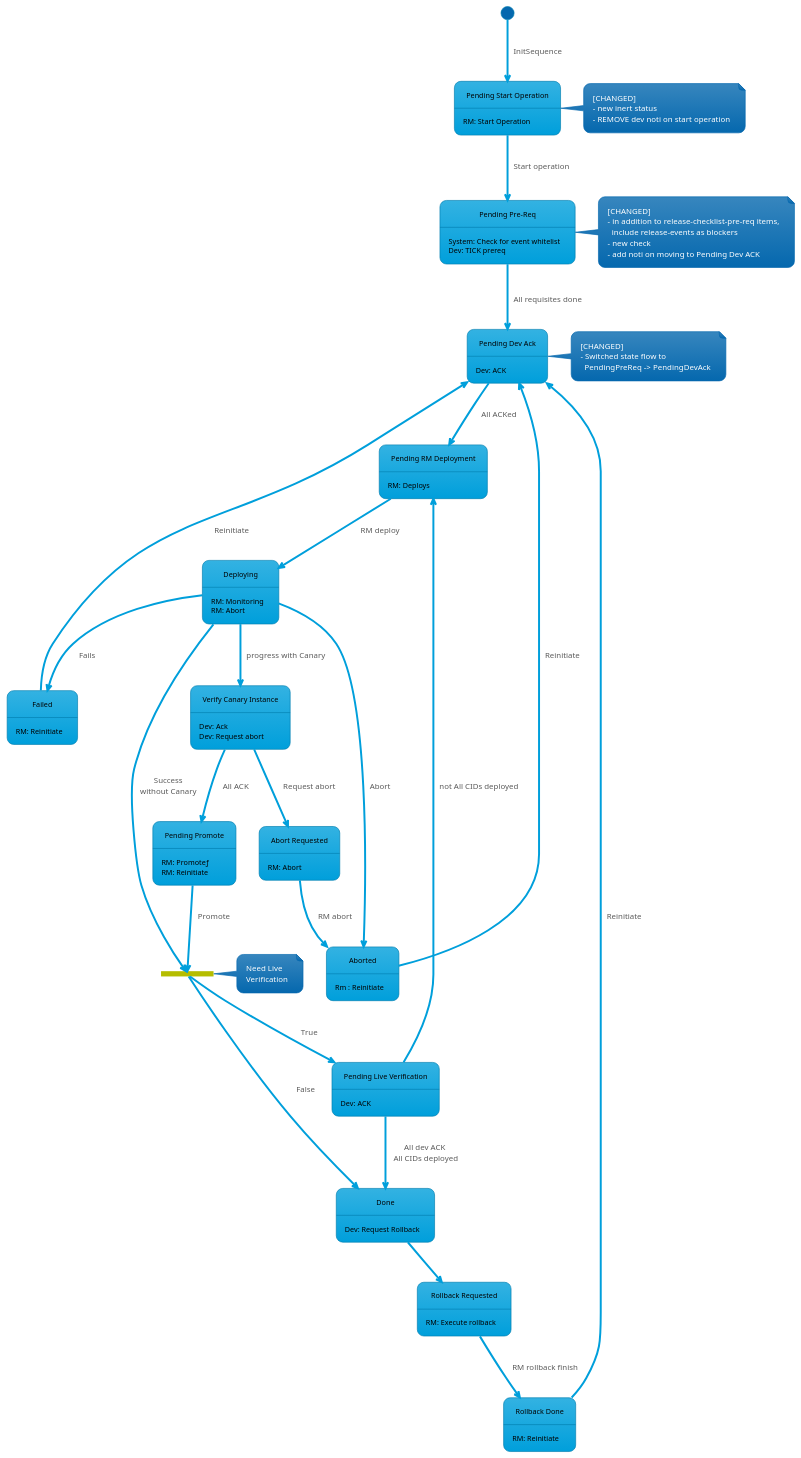
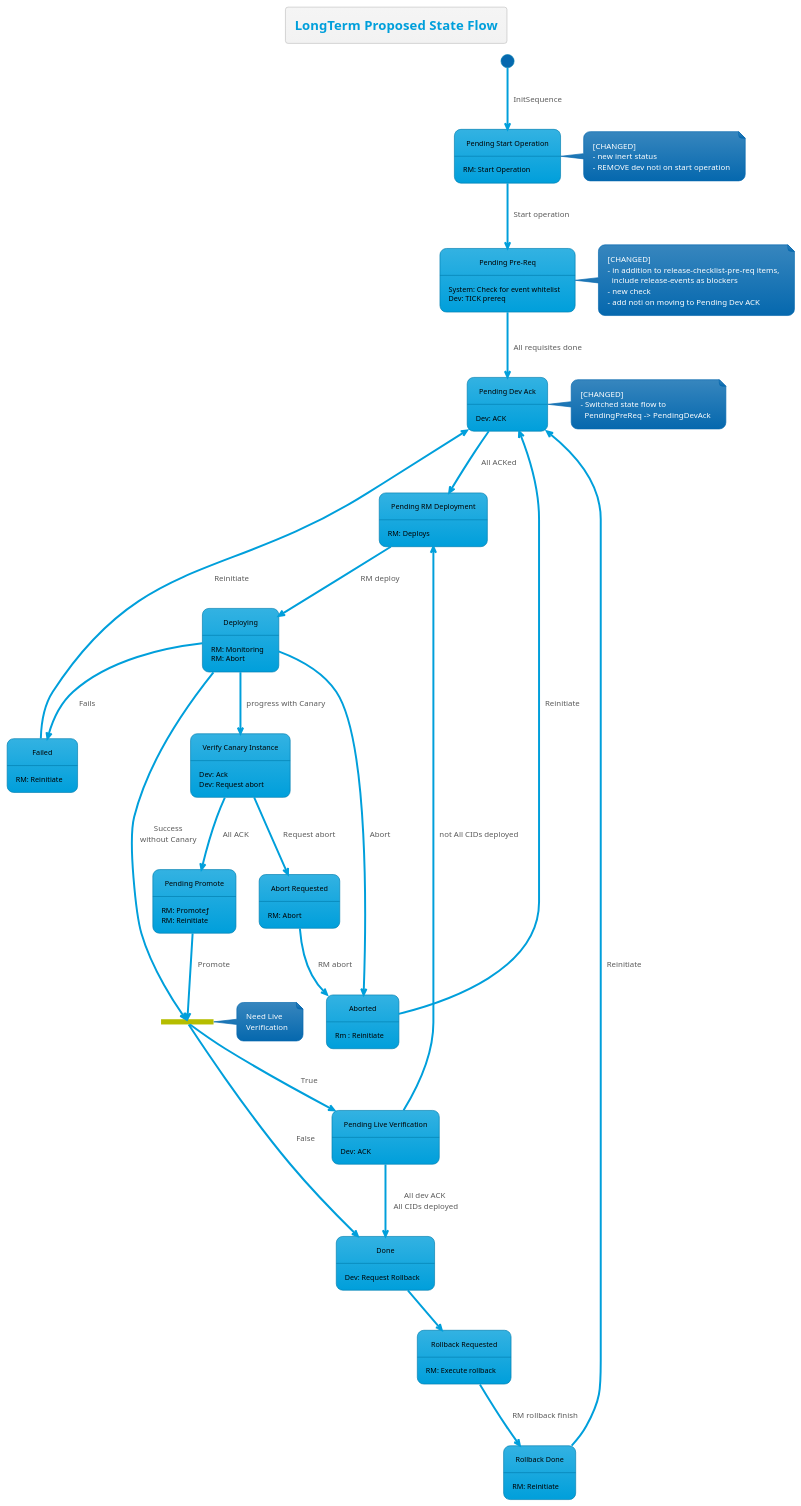
The diagram in src/Multi-Day-Deployment/3longTerm.plantuml (thetomitomo/diagrams), drawn with PlantUML before and after one commit. The commit also changed 5 other files, not shown here.

```diff
--- a/src/Multi-Day-Deployment/3longTerm.plantuml
+++ b/src/Multi-Day-Deployment/3longTerm.plantuml
@@ -1,84 +1,85 @@
 @startuml
 !theme bluegray
 skinparam FooterFontColor black
 skinparam StateFontColor black
 
 state "Pending Start Operation" as preOp
 state "Pending Dev Ack" as pendingDevAck
 state "Pending Pre-Req" as pendingPreReq
 state "Pending RM Deployment" as pendingRMDeploy
 state "Verify Canary Instance" as verifyCanary
 state "Pending Live Verification" as pendingLiveVer
 state pendingLiveVerFork <<fork>>
 state "Pending Promote" as pendingPromote
 state "Abort Requested" as abortRequested
 state "Rollback Requested" as rollbackRequested
 state "Rollback Done" as rollbackDone
 
+title LongTerm Proposed State Flow
 
 [*] --> preOp : InitSequence
 
 note right of preOp : [CHANGED]\n- new inert status\n- REMOVE dev noti on start operation
 preOp: RM: Start Operation
 preOp --> pendingPreReq : Start operation
 
 note right of pendingPreReq : [CHANGED] \n- in addition to release-checklist-pre-req items,\n  include release-events as blockers \n- new check\n- add noti on moving to Pending Dev ACK
 pendingPreReq --> pendingDevAck  : All requisites done
 pendingPreReq: System: Check for event whitelist
 pendingPreReq: Dev: TICK prereq
 
 note right of pendingDevAck : [CHANGED] \n- Switched state flow to\n  PendingPreReq -> PendingDevAck
 pendingDevAck --> pendingRMDeploy : All ACKed
 pendingDevAck: Dev: ACK
 
 pendingRMDeploy: RM: Deploys
 pendingRMDeploy --> Deploying : RM deploy
 
 Deploying : RM: Monitoring
 Deploying : RM: Abort
 
 Deploying --> Aborted : Abort
 
 Deploying --> Failed : Fails
 
 Failed --> pendingDevAck : Reinitiate
 Failed: RM: Reinitiate
 
 Deploying --> verifyCanary : progress with Canary
 verifyCanary: Dev: Ack
 verifyCanary: Dev: Request abort
 
 verifyCanary --> pendingPromote : All ACK
 pendingPromote: RM: Promoteƒ
 
 verifyCanary --> abortRequested : Request abort
 abortRequested: RM: Abort
 
 abortRequested --> Aborted : RM abort
 Aborted: Rm : Reinitiate
 
 Aborted --> pendingDevAck : Reinitiate
 pendingPromote: RM: Reinitiate
 
 pendingPromote --> pendingLiveVerFork : Promote
 note right of pendingLiveVerFork : Need Live\nVerification
 pendingLiveVerFork --> pendingLiveVer : True
 pendingLiveVerFork --> Done : False
 
 pendingLiveVer --> Done :All dev ACK\n All CIDs deployed
 pendingLiveVer --> pendingRMDeploy : not All CIDs deployed
 pendingLiveVer: Dev: ACK
 
 Deploying --> pendingLiveVerFork : Success\nwithout Canary
 
 Done: Dev: Request Rollback
 
 Done --> rollbackRequested
 rollbackRequested: RM: Execute rollback
 
 rollbackRequested --> rollbackDone : RM rollback finish
 rollbackDone: RM: Reinitiate
 
 rollbackDone --> pendingDevAck : Reinitiate
 
 @enduml
```
